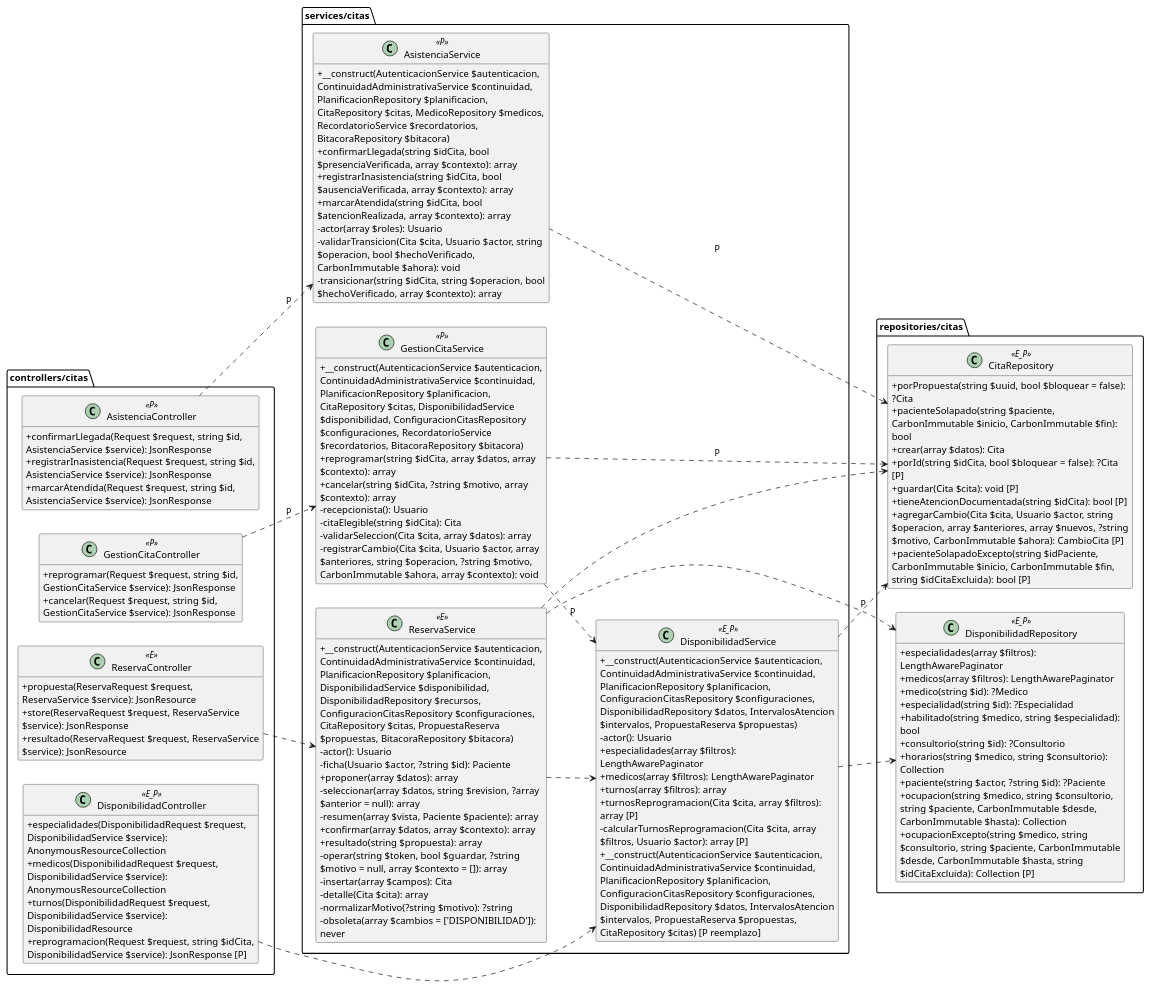
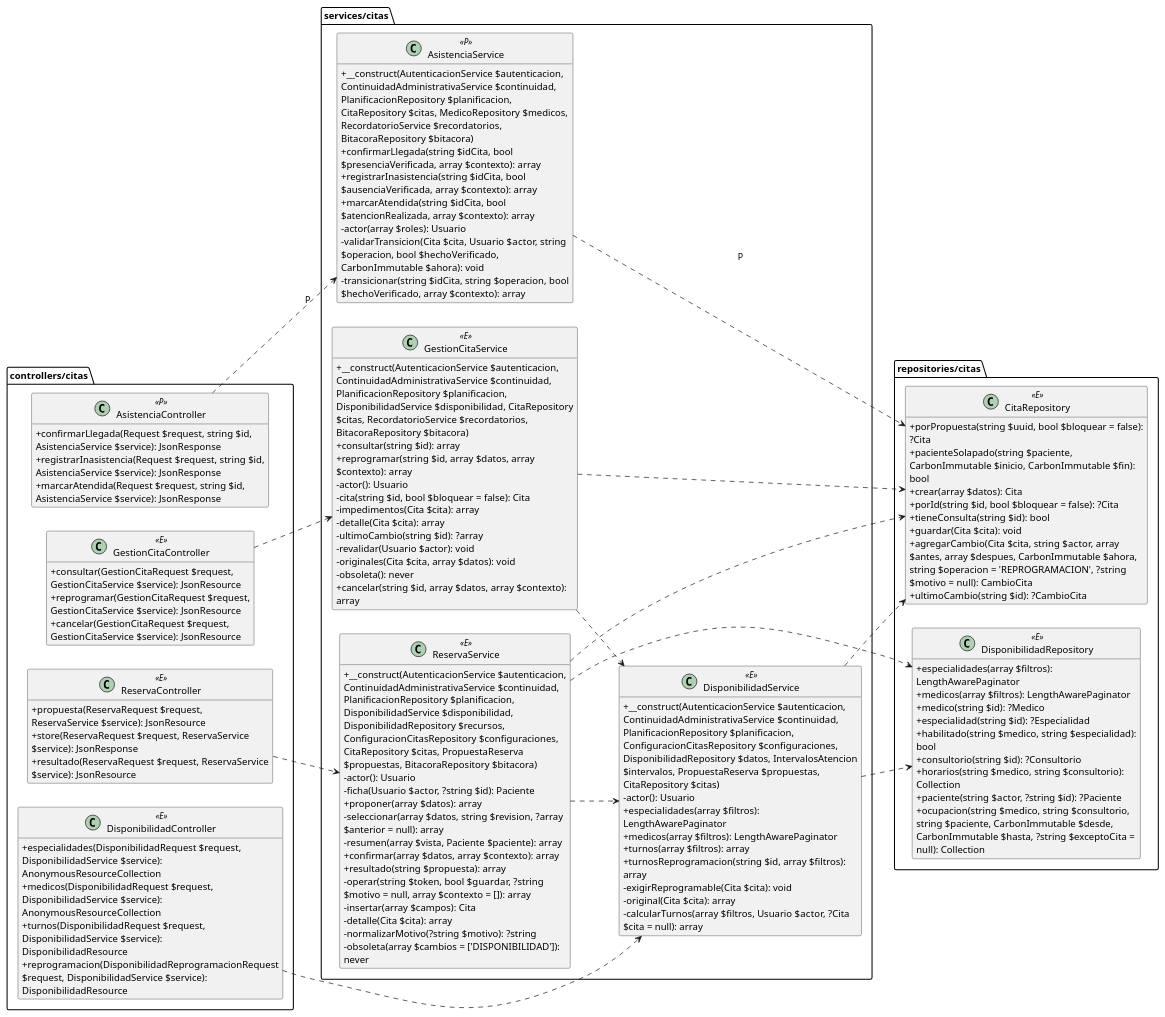
The seventh of 19 diagrams in docs/ai/diagrama-clases.md (CreepyBowDev/clinica-vida-salud), drawn with PlantUML before and after one commit. The commit also changed other lines of this file and 30 other files, not shown here.

Commit message:
Modulo de reprogramacion y cancelacion de citas implementado en el backend

````diff
--- a/docs/ai/diagrama-clases.md
+++ b/docs/ai/diagrama-clases.md
@@ -2760,20 +2784,21 @@
 left to right direction
 hide empty attributes
 package "controllers/citas" {
-class DisponibilidadController <<E_P>> {
+class DisponibilidadController <<E>> {
   + especialidades(DisponibilidadRequest $request, DisponibilidadService $service): AnonymousResourceCollection
   + medicos(DisponibilidadRequest $request, DisponibilidadService $service): AnonymousResourceCollection
   + turnos(DisponibilidadRequest $request, DisponibilidadService $service): DisponibilidadResource
-  + reprogramacion(Request $request, string $idCita, DisponibilidadService $service): JsonResponse [P]
+  + reprogramacion(DisponibilidadReprogramacionRequest $request, DisponibilidadService $service): DisponibilidadResource
 }
 class ReservaController <<E>> {
   + propuesta(ReservaRequest $request, ReservaService $service): JsonResource
   + store(ReservaRequest $request, ReservaService $service): JsonResponse
   + resultado(ReservaRequest $request, ReservaService $service): JsonResource
 }
-class GestionCitaController <<P>> {
-  + reprogramar(Request $request, string $id, GestionCitaService $service): JsonResponse
-  + cancelar(Request $request, string $id, GestionCitaService $service): JsonResponse
+class GestionCitaController <<E>> {
+  + consultar(GestionCitaRequest $request, GestionCitaService $service): JsonResource
+  + reprogramar(GestionCitaRequest $request, GestionCitaService $service): JsonResource
+  + cancelar(GestionCitaRequest $request, GestionCitaService $service): JsonResource
 }
 class AsistenciaController <<P>> {
   + confirmarLlegada(Request $request, string $id, AsistenciaService $service): JsonResponse
@@ -2782,15 +2807,16 @@
 }
 }
 package "services/citas" {
-class DisponibilidadService <<E_P>> {
-  + __construct(AutenticacionService $autenticacion, ContinuidadAdministrativaService $continuidad, PlanificacionRepository $planificacion, ConfiguracionCitasRepository $configuraciones, DisponibilidadRepository $datos, IntervalosAtencion $intervalos, PropuestaReserva $propuestas)
+class DisponibilidadService <<E>> {
+  + __construct(AutenticacionService $autenticacion, ContinuidadAdministrativaService $continuidad, PlanificacionRepository $planificacion, ConfiguracionCitasRepository $configuraciones, DisponibilidadRepository $datos, IntervalosAtencion $intervalos, PropuestaReserva $propuestas, CitaRepository $citas)
   - actor(): Usuario
   + especialidades(array $filtros): LengthAwarePaginator
   + medicos(array $filtros): LengthAwarePaginator
   + turnos(array $filtros): array
-  + turnosReprogramacion(Cita $cita, array $filtros): array [P]
-  - calcularTurnosReprogramacion(Cita $cita, array $filtros, Usuario $actor): array [P]
-  + __construct(AutenticacionService $autenticacion, ContinuidadAdministrativaService $continuidad, PlanificacionRepository $planificacion, ConfiguracionCitasRepository $configuraciones, DisponibilidadRepository $datos, IntervalosAtencion $intervalos, PropuestaReserva $propuestas, CitaRepository $citas) [P reemplazo]
+  + turnosReprogramacion(string $id, array $filtros): array
+  - exigirReprogramable(Cita $cita): void
+  - original(Cita $cita): array
+  - calcularTurnos(array $filtros, Usuario $actor, ?Cita $cita = null): array
 }
 class ReservaService <<E>> {
   + __construct(AutenticacionService $autenticacion, ContinuidadAdministrativaService $continuidad, PlanificacionRepository $planificacion, DisponibilidadService $disponibilidad, DisponibilidadRepository $recursos, ConfiguracionCitasRepository $configuraciones, CitaRepository $citas, PropuestaReserva $propuestas, BitacoraRepository $bitacora)
@@ -2807,14 +2833,19 @@
   - normalizarMotivo(?string $motivo): ?string
   - obsoleta(array $cambios = ['DISPONIBILIDAD']): never
 }
-class GestionCitaService <<P>> {
-  + __construct(AutenticacionService $autenticacion, ContinuidadAdministrativaService $continuidad, PlanificacionRepository $planificacion, CitaRepository $citas, DisponibilidadService $disponibilidad, ConfiguracionCitasRepository $configuraciones, RecordatorioService $recordatorios, BitacoraRepository $bitacora)
-  + reprogramar(string $idCita, array $datos, array $contexto): array
-  + cancelar(string $idCita, ?string $motivo, array $contexto): array
-  - recepcionista(): Usuario
-  - citaElegible(string $idCita): Cita
-  - validarSeleccion(Cita $cita, array $datos): array
-  - registrarCambio(Cita $cita, Usuario $actor, array $anteriores, string $operacion, ?string $motivo, CarbonImmutable $ahora, array $contexto): void
+class GestionCitaService <<E>> {
+  + __construct(AutenticacionService $autenticacion, ContinuidadAdministrativaService $continuidad, PlanificacionRepository $planificacion, DisponibilidadService $disponibilidad, CitaRepository $citas, RecordatorioService $recordatorios, BitacoraRepository $bitacora)
+  + consultar(string $id): array
+  + reprogramar(string $id, array $datos, array $contexto): array
+  - actor(): Usuario
+  - cita(string $id, bool $bloquear = false): Cita
+  - impedimentos(Cita $cita): array
+  - detalle(Cita $cita): array
+  - ultimoCambio(string $id): ?array
+  - revalidar(Usuario $actor): void
+  - originales(Cita $cita, array $datos): void
+  - obsoleta(): never
+  + cancelar(string $id, array $datos, array $contexto): array
 }
 class AsistenciaService <<P>> {
   + __construct(AutenticacionService $autenticacion, ContinuidadAdministrativaService $continuidad, PlanificacionRepository $planificacion, CitaRepository $citas, MedicoRepository $medicos, RecordatorioService $recordatorios, BitacoraRepository $bitacora)
@@ -2827,17 +2858,17 @@
 }
 }
 package "repositories/citas" {
-class CitaRepository <<E_P>> {
+class CitaRepository <<E>> {
   + porPropuesta(string $uuid, bool $bloquear = false): ?Cita
   + pacienteSolapado(string $paciente, CarbonImmutable $inicio, CarbonImmutable $fin): bool
   + crear(array $datos): Cita
-  + porId(string $idCita, bool $bloquear = false): ?Cita [P]
-  + guardar(Cita $cita): void [P]
-  + tieneAtencionDocumentada(string $idCita): bool [P]
-  + agregarCambio(Cita $cita, Usuario $actor, string $operacion, array $anteriores, array $nuevos, ?string $motivo, CarbonImmutable $ahora): CambioCita [P]
-  + pacienteSolapadoExcepto(string $idPaciente, CarbonImmutable $inicio, CarbonImmutable $fin, string $idCitaExcluida): bool [P]
+  + porId(string $id, bool $bloquear = false): ?Cita
+  + tieneConsulta(string $id): bool
+  + guardar(Cita $cita): void
+  + agregarCambio(Cita $cita, string $actor, array $antes, array $despues, CarbonImmutable $ahora, string $operacion = 'REPROGRAMACION', ?string $motivo = null): CambioCita
+  + ultimoCambio(string $id): ?CambioCita
 }
-class DisponibilidadRepository <<E_P>> {
+class DisponibilidadRepository <<E>> {
   + especialidades(array $filtros): LengthAwarePaginator
   + medicos(array $filtros): LengthAwarePaginator
   + medico(string $id): ?Medico
@@ -2846,21 +2877,20 @@
   + consultorio(string $id): ?Consultorio
   + horarios(string $medico, string $consultorio): Collection
   + paciente(string $actor, ?string $id): ?Paciente
-  + ocupacion(string $medico, string $consultorio, string $paciente, CarbonImmutable $desde, CarbonImmutable $hasta): Collection
-  + ocupacionExcepto(string $medico, string $consultorio, string $paciente, CarbonImmutable $desde, CarbonImmutable $hasta, string $idCitaExcluida): Collection [P]
+  + ocupacion(string $medico, string $consultorio, string $paciente, CarbonImmutable $desde, CarbonImmutable $hasta, ?string $exceptoCita = null): Collection
 }
 }
 DisponibilidadController ..> DisponibilidadService
 ReservaController ..> ReservaService
-GestionCitaController ..> GestionCitaService : P
+GestionCitaController ..> GestionCitaService
 AsistenciaController ..> AsistenciaService : P
 DisponibilidadService ..> DisponibilidadRepository
-DisponibilidadService ..> CitaRepository : P
+DisponibilidadService ..> CitaRepository
 ReservaService ..> DisponibilidadService
 ReservaService ..> DisponibilidadRepository
 ReservaService ..> CitaRepository
-GestionCitaService ..> CitaRepository : P
-GestionCitaService ..> DisponibilidadService : P
+GestionCitaService ..> CitaRepository
+GestionCitaService ..> DisponibilidadService
 AsistenciaService ..> CitaRepository : P
 @enduml
 ```
````
